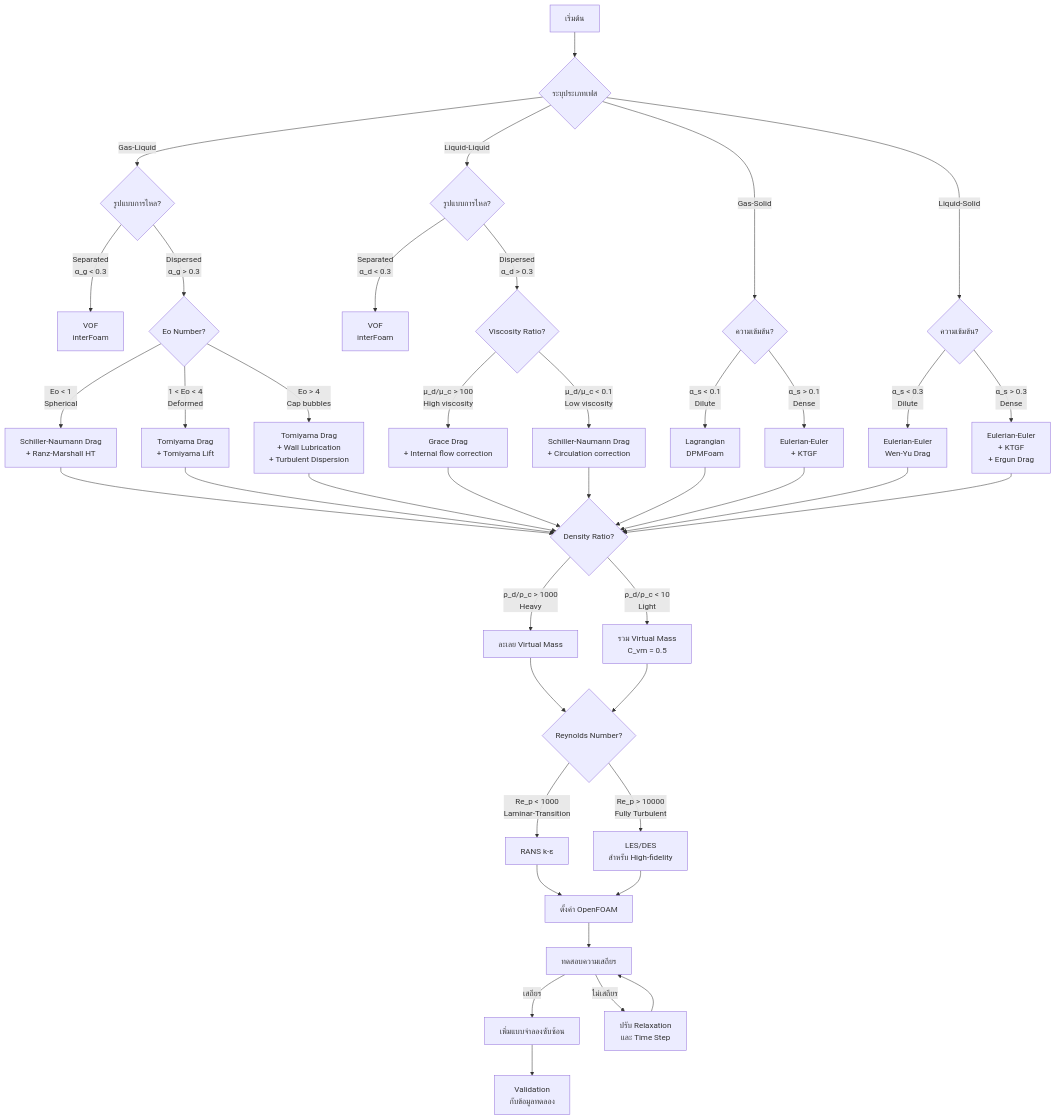
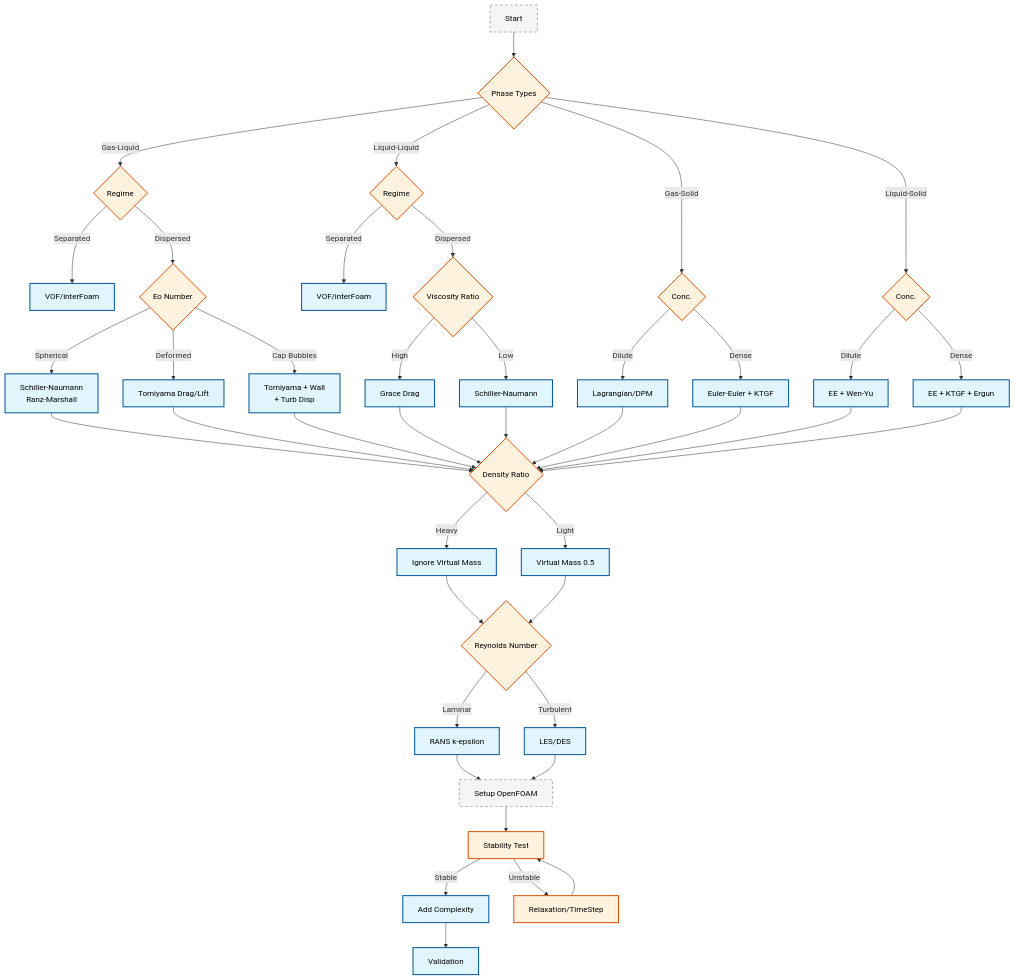
Before and after one commit to wramet/build-my-cfd: the second of 2 diagrams in MODULE_04_MULTIPHASE_FUNDAMENTALS/CONTENT/08_MODEL_SELECTION/01_Decision_Framework.md, drawn with Mermaid. The commit also changed other lines of this file and 313 other files, not shown here.

Commit message:
Revise all diagram

````diff
--- a/MODULE_04_MULTIPHASE_FUNDAMENTALS/CONTENT/08_MODEL_SELECTION/01_Decision_Framework.md
+++ b/MODULE_04_MULTIPHASE_FUNDAMENTALS/CONTENT/08_MODEL_SELECTION/01_Decision_Framework.md
@@ -448,55 +451,36 @@
 ```mermaid
 flowchart TD
-    A[เริ่มต้น] --> B{ระบุประเภทเฟส}
-    B -->|Gas-Liquid| C{รูปแบบการไหล?}
-    B -->|Liquid-Liquid| D{รูปแบบการไหล?}
-    B -->|Gas-Solid| E{ความเข้มข้น?}
-    B -->|Liquid-Solid| F{ความเข้มข้น?}
-
-    C -->|Separated<br/>α_g < 0.3| C1[VOF<br/>interFoam]
-    C -->|Dispersed<br/>α_g > 0.3| C2{Eo Number?}
-
-    C2 -->|Eo < 1<br/>Spherical| C2a[Schiller-Naumann Drag<br/>+ Ranz-Marshall HT]
-    C2 -->|1 < Eo < 4<br/>Deformed| C2b[Tomiyama Drag<br/>+ Tomiyama Lift]
-    C2 -->|Eo > 4<br/>Cap bubbles| C2c[Tomiyama Drag<br/>+ Wall Lubrication<br/>+ Turbulent Dispersion]
-
-    D -->|Separated<br/>α_d < 0.3| D1[VOF<br/>interFoam]
-    D -->|Dispersed<br/>α_d > 0.3| D2{Viscosity Ratio?}
-
-    D2 -->|μ_d/μ_c > 100<br/>High viscosity| D2a[Grace Drag<br/>+ Internal flow correction]
-    D2 -->|μ_d/μ_c < 0.1<br/>Low viscosity| D2b[Schiller-Naumann Drag<br/>+ Circulation correction]
-
-    E -->|α_s < 0.1<br/>Dilute| E1[Lagrangian<br/>DPMFoam]
-    E -->|α_s > 0.1<br/>Dense| E2[Eulerian-Euler<br/>+ KTGF]
-
-    F -->|α_s < 0.3<br/>Dilute| F1[Eulerian-Euler<br/>Wen-Yu Drag]
-    F -->|α_s > 0.3<br/>Dense| F2[Eulerian-Euler<br/>+ KTGF<br/>+ Ergun Drag]
-
-    C2a --> G{Density Ratio?}
-    C2b --> G
-    C2c --> G
-    D2a --> G
-    D2b --> G
-    E1 --> G
-    E2 --> G
-    F1 --> G
-    F2 --> G
-
-    G -->|ρ_d/ρ_c > 1000<br/>Heavy| G1[ละเลย Virtual Mass]
-    G -->|ρ_d/ρ_c < 10<br/>Light| G2[รวม Virtual Mass<br/>C_vm = 0.5]
-
-    G1 --> H{Reynolds Number?}
-    G2 --> H
-
-    H -->|Re_p < 1000<br/>Laminar-Transition| H1[RANS k-ε]
-    H -->|Re_p > 10000<br/>Fully Turbulent| H2[LES/DES<br/>สำหรับ High-fidelity]
-
-    H1 --> I[ตั้งค่า OpenFOAM]
-    H2 --> I
-
-    I --> J[ทดสอบความเสถียร]
-    J -->|เสถียร| K[เพิ่มแบบจำลองซับซ้อน]
-    J -->|ไม่เสถียร| L[ปรับ Relaxation<br/>และ Time Step]
-    L --> J
-    K --> M[Validation<br/>กับข้อมูลทดลอง]
+classDef implicit fill:#e1f5fe,stroke:#01579b,stroke-width:2px,color:#000
+classDef explicit fill:#fff3e0,stroke:#e65100,stroke-width:2px,color:#000
+classDef context fill:#f5f5f5,stroke:#616161,stroke-width:1px,color:#000,stroke-dasharray: 5 5
+A[Start]:::context --> B{Phase Types}:::explicit
+B -->|Gas-Liquid| C{Regime}:::explicit
+B -->|Liquid-Liquid| D{Regime}:::explicit
+B -->|Gas-Solid| E{Conc.}:::explicit
+B -->|Liquid-Solid| F{Conc.}:::explicit
+C -->|Separated| C1[VOF/interFoam]:::implicit
+C -->|Dispersed| C2{Eo Number}:::explicit
+C2 -->|Spherical| C2a[Schiller-Naumann<br>Ranz-Marshall]:::implicit
+C2 -->|Deformed| C2b[Tomiyama Drag/Lift]:::implicit
+C2 -->|Cap Bubbles| C2c[Tomiyama + Wall<br>+ Turb Disp]:::implicit
+D -->|Separated| D1[VOF/interFoam]:::implicit
+D -->|Dispersed| D2{Viscosity Ratio}:::explicit
+D2 -->|High| D2a[Grace Drag]:::implicit
+D2 -->|Low| D2b[Schiller-Naumann]:::implicit
+E -->|Dilute| E1[Lagrangian/DPM]:::implicit
+E -->|Dense| E2[Euler-Euler + KTGF]:::implicit
+F -->|Dilute| F1[EE + Wen-Yu]:::implicit
+F -->|Dense| F2[EE + KTGF + Ergun]:::implicit
+C2a & C2b & C2c & D2a & D2b & E1 & E2 & F1 & F2 --> G{Density Ratio}:::explicit
+G -->|Heavy| G1[Ignore Virtual Mass]:::implicit
+G -->|Light| G2[Virtual Mass 0.5]:::implicit
+G1 & G2 --> H{Reynolds Number}:::explicit
+H -->|Laminar| H1[RANS k-epsilon]:::implicit
+H -->|Turbulent| H2[LES/DES]:::implicit
+H1 & H2 --> I[Setup OpenFOAM]:::context
+I --> J[Stability Test]:::explicit
+J -->|Stable| K[Add Complexity]:::implicit
+J -->|Unstable| L[Relaxation/TimeStep]:::explicit
+L --> J
+K --> M[Validation]:::implicit
 ```
````
